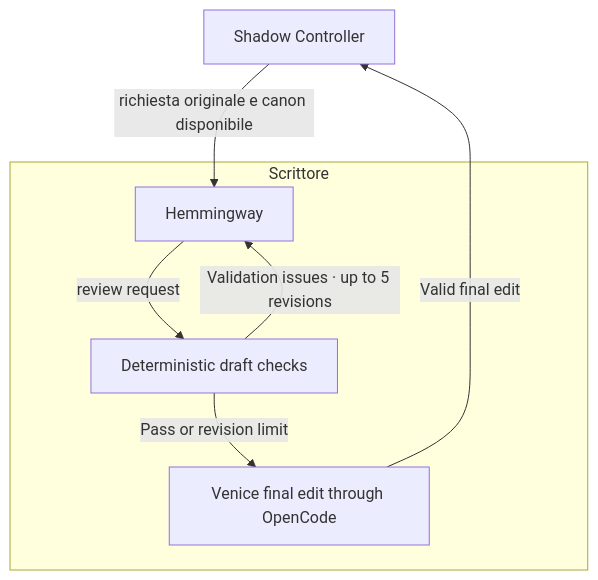
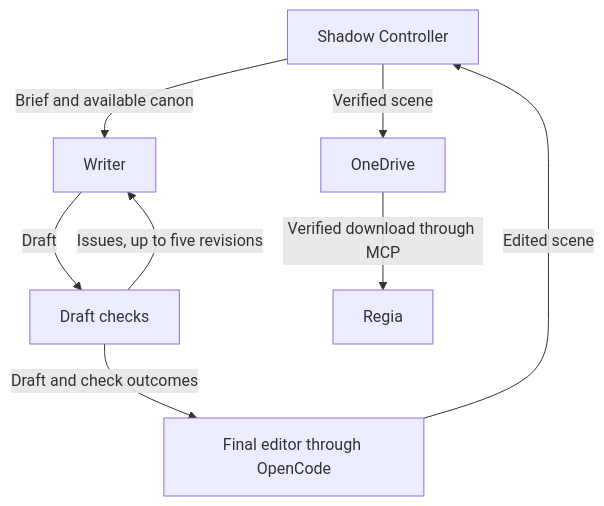
One commit to DRincs-Productions/LM-Studio changed the third of 11 diagrams in README.md. Above: the diagram before and after it, drawn with Mermaid. The commit also changed other lines of this file and 7 other files, not shown here.

````diff
--- a/README.md
+++ b/README.md
@@ -108,14 +97,10 @@
 ```mermaid
 flowchart TD
-    C[Shadow Controller]
-    subgraph SCRITTORE[Scrittore]
-        W[Hemmingway]
-        G[Deterministic draft checks]
-        X[Venice final edit through OpenCode]
-        W -->|review request| G
-        G -->|Validation issues · up to 5 revisions| W
-        G -->|Pass or revision limit| X
-    end
-    C -->|richiesta originale e canon disponibile| W
-    X -->|Valid final edit| C
+    C[Shadow Controller] -->|Brief and available canon| W[Writer]
+    W -->|Draft| V[Draft checks]
+    V -->|Issues, up to five revisions| W
+    V -->|Draft and check outcomes| E[Final editor through OpenCode]
+    E -->|Edited scene| C
+    C -->|Verified scene| O[OneDrive]
+    O -->|Verified download through MCP| R[Regia]
 ```
````
